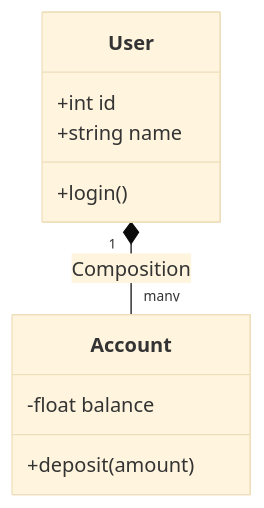
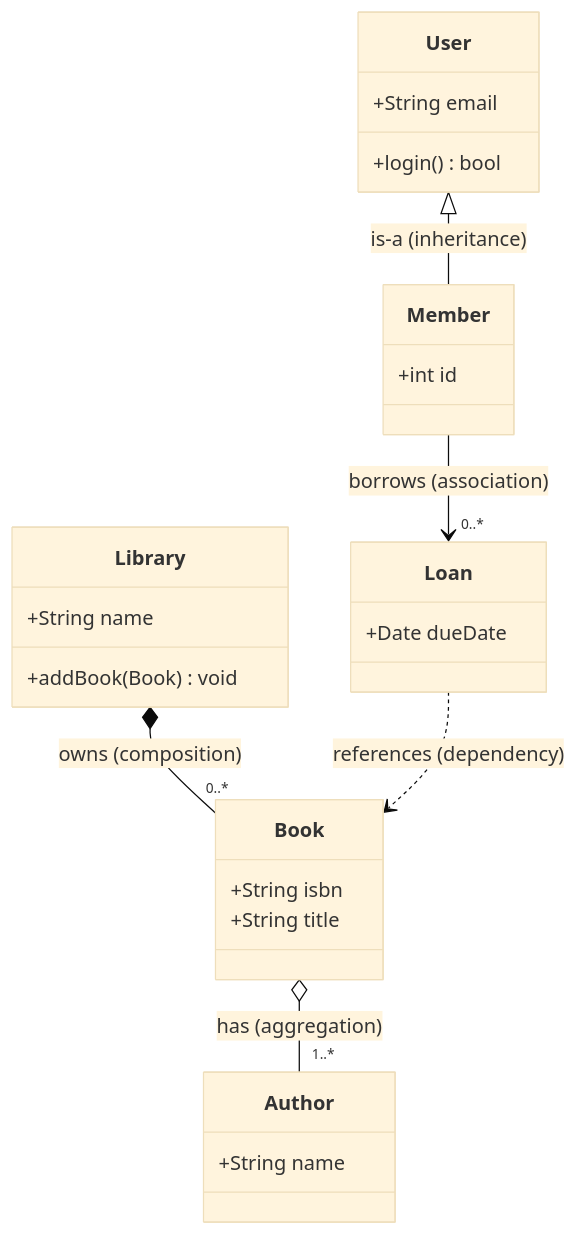
Before and after one commit to asishjagana/Interview-Prep-Dump: the third of 9 diagrams in 04_Low_Level_Design/UML_Diagrams.md, drawn with Mermaid (base theme). The commit also changed other lines of this file and 19 other files, not shown here.

````diff
--- a/04_Low_Level_Design/UML_Diagrams.md
+++ b/04_Low_Level_Design/UML_Diagrams.md
@@ -31,13 +87,29 @@
 ```mermaid
 classDiagram
+    class Library {
+        +String name
+        +addBook(Book) void
+    }
+    class Book {
+        +String isbn
+        +String title
+    }
+    class Author {
+        +String name
+    }
+    class Member {
+        +int id
+    }
     class User {
-        +int id
-        +string name
-        +login()
+        +String email
+        +login() bool
     }
-    class Account {
-        -float balance
-        +deposit(amount)
+    class Loan {
+        +Date dueDate
     }
-    User "1" *-- "many" Account : Composition
+    User <|-- Member : is-a (inheritance)
+    Library *-- "0..*" Book : owns (composition)
+    Book o-- "1..*" Author : has (aggregation)
+    Member --> "0..*" Loan : borrows (association)
+    Loan ..> Book : references (dependency)
 ```
````
